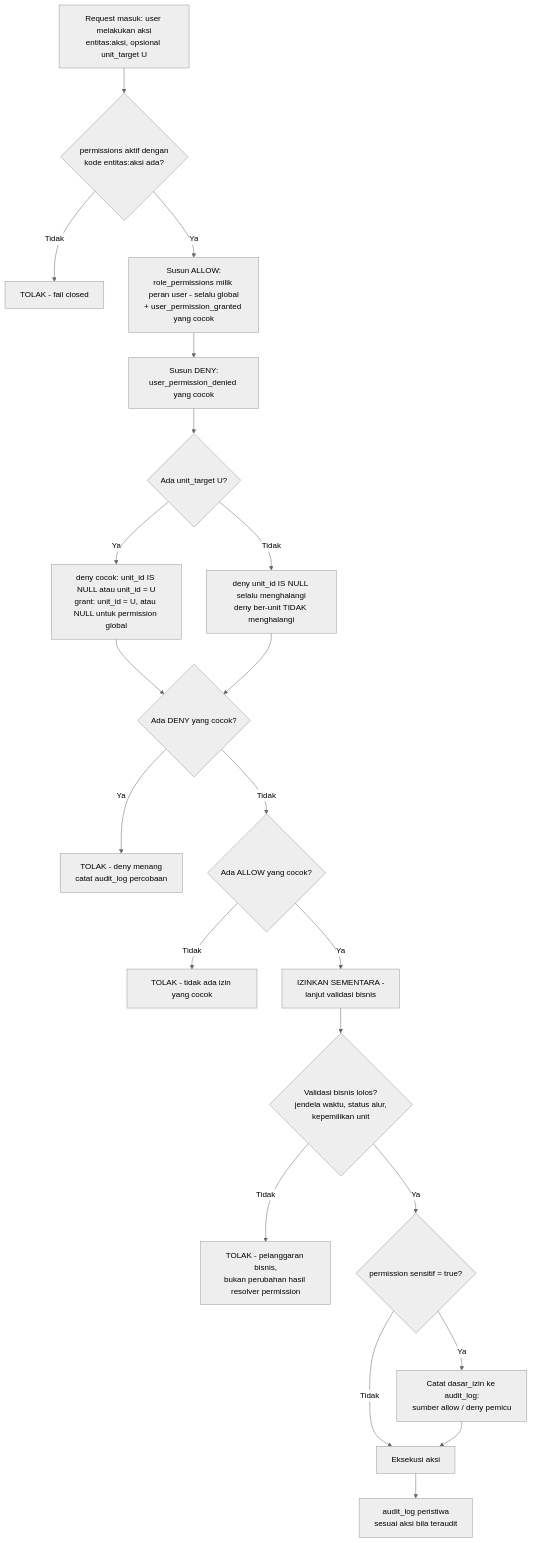
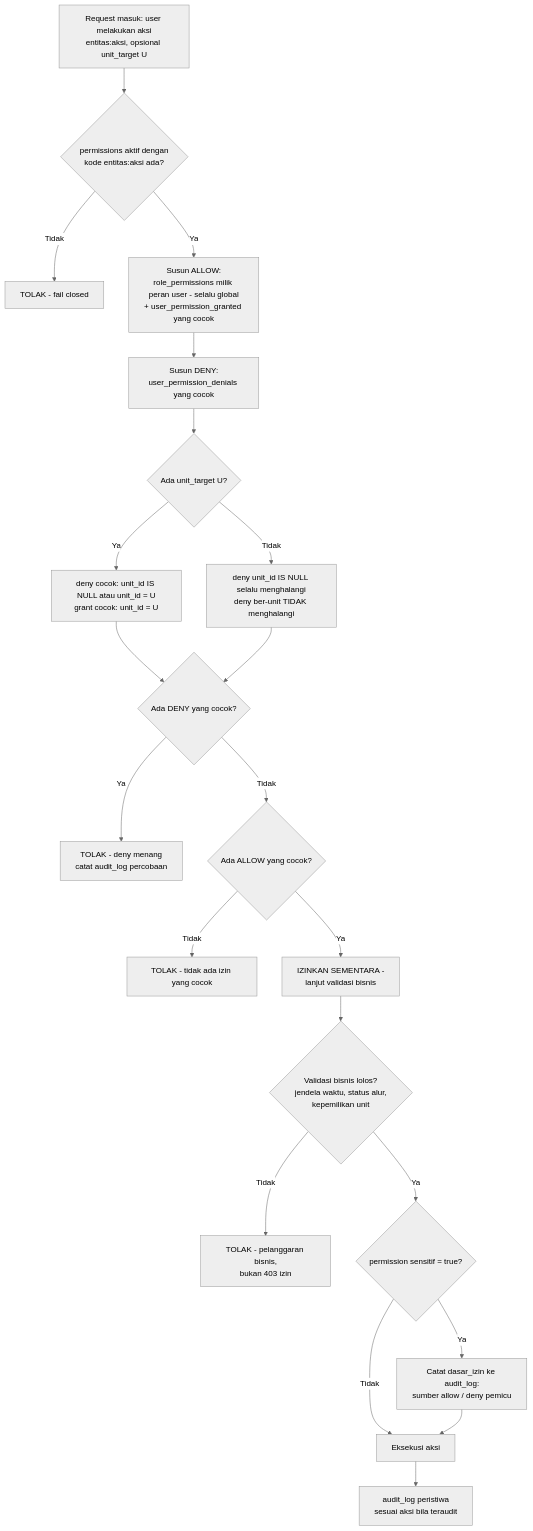
Before and after one commit to LLDIKTI-XVI-TEAM/SAKIP: diagram 20 of 22 in document/SAKIP - Workflow.md, drawn with Mermaid (neutral theme). The commit also changed other lines of this file and 7 other files, not shown here.

````diff
--- a/document/SAKIP - Workflow.md
+++ b/document/SAKIP - Workflow.md
@@ -1603,23 +1586,23 @@
 ```mermaid
 flowchart TD
     A[Request masuk: user melakukan aksi\nentitas:aksi, opsional unit_target U] --> B{permissions aktif dengan\nkode entitas:aksi ada?}
     B -- Tidak --> Z1[TOLAK - fail closed]
     B -- Ya --> C[Susun ALLOW:\nrole_permissions milik peran user - selalu global\n+ user_permission_granted yang cocok]
-    C --> D[Susun DENY:\nuser_permission_denied yang cocok]
+    C --> D[Susun DENY:\nuser_permission_denials yang cocok]
     D --> E{Ada unit_target U?}
-    E -- Ya --> F[deny cocok: unit_id IS NULL atau unit_id = U\ngrant: unit_id = U, atau NULL untuk permission global]
+    E -- Ya --> F[deny cocok: unit_id IS NULL atau unit_id = U\ngrant cocok: unit_id = U]
     E -- Tidak --> G[deny unit_id IS NULL selalu menghalangi\ndeny ber-unit TIDAK menghalangi]
     F --> H{Ada DENY yang cocok?}
     G --> H
     H -- Ya --> Z2[TOLAK - deny menang\ncatat audit_log percobaan]
     H -- Tidak --> I{Ada ALLOW yang cocok?}
     I -- Tidak --> Z3[TOLAK - tidak ada izin yang cocok]
     I -- Ya --> J[IZINKAN SEMENTARA -\nlanjut validasi bisnis]
     J --> K{Validasi bisnis lolos?\njendela waktu, status alur,\nkepemilikan unit}
-    K -- Tidak --> Z4[TOLAK - pelanggaran bisnis,\nbukan perubahan hasil resolver permission]
+    K -- Tidak --> Z4[TOLAK - pelanggaran bisnis,\nbukan 403 izin]
     K -- Ya --> L{permission sensitif = true?}
     L -- Ya --> M[Catat dasar_izin ke audit_log:\nsumber allow / deny pemicu]
     L -- Tidak --> N[Eksekusi aksi]
     M --> N
     N --> O[audit_log peristiwa\nsesuai aksi bila teraudit]
 ```
````
